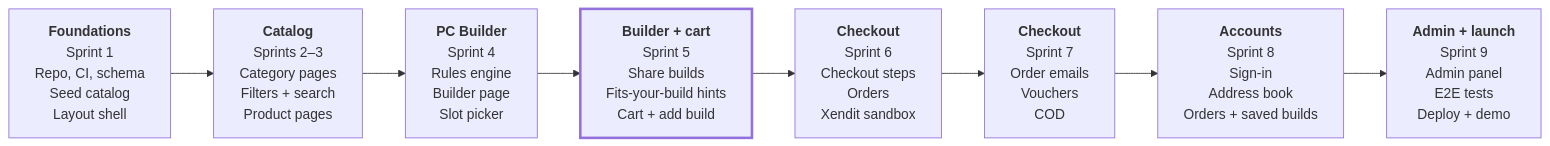
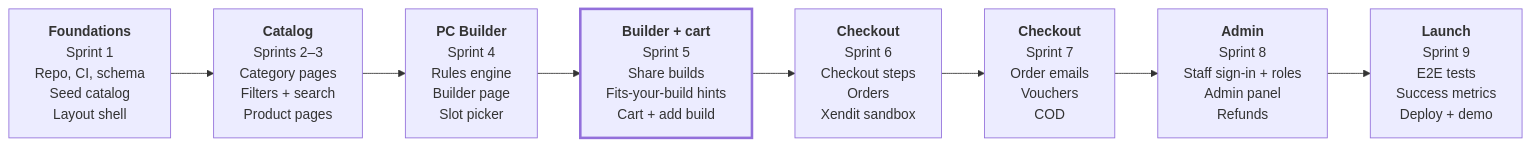
Before and after one commit to romulojr-dev/pc-ecommerce: the second of 2 diagrams in docs/prd.md, drawn with Mermaid. The commit also changed other lines of this file and 3 other files, not shown here.

````diff
--- a/docs/prd.md
+++ b/docs/prd.md
@@ -367,15 +367,15 @@
 ```mermaid
 flowchart LR
     S1["<b>Foundations</b><br/>Sprint 1<br/>Repo, CI, schema<br/>Seed catalog<br/>Layout shell"]
     S2["<b>Catalog</b><br/>Sprints 2–3<br/>Category pages<br/>Filters + search<br/>Product pages"]
     S4["<b>PC Builder</b><br/>Sprint 4<br/>Rules engine<br/>Builder page<br/>Slot picker"]
     S5["<b>Builder + cart</b><br/>Sprint 5<br/>Share builds<br/>Fits-your-build hints<br/>Cart + add build"]
     S6["<b>Checkout</b><br/>Sprint 6<br/>Checkout steps<br/>Orders<br/>Xendit sandbox"]
     S7["<b>Checkout</b><br/>Sprint 7<br/>Order emails<br/>Vouchers<br/>COD"]
-    S8["<b>Accounts</b><br/>Sprint 8<br/>Sign-in<br/>Address book<br/>Orders + saved builds"]
-    S9["<b>Admin + launch</b><br/>Sprint 9<br/>Admin panel<br/>E2E tests<br/>Deploy + demo"]
+    S8["<b>Admin</b><br/>Sprint 8<br/>Staff sign-in + roles<br/>Admin panel<br/>Refunds"]
+    S9["<b>Launch</b><br/>Sprint 9<br/>E2E tests<br/>Success metrics<br/>Deploy + demo"]
 
     S1 --> S2 --> S4 --> S5 --> S6 --> S7 --> S8 --> S9
 
     style S5 stroke-width:3px
 ```
````
